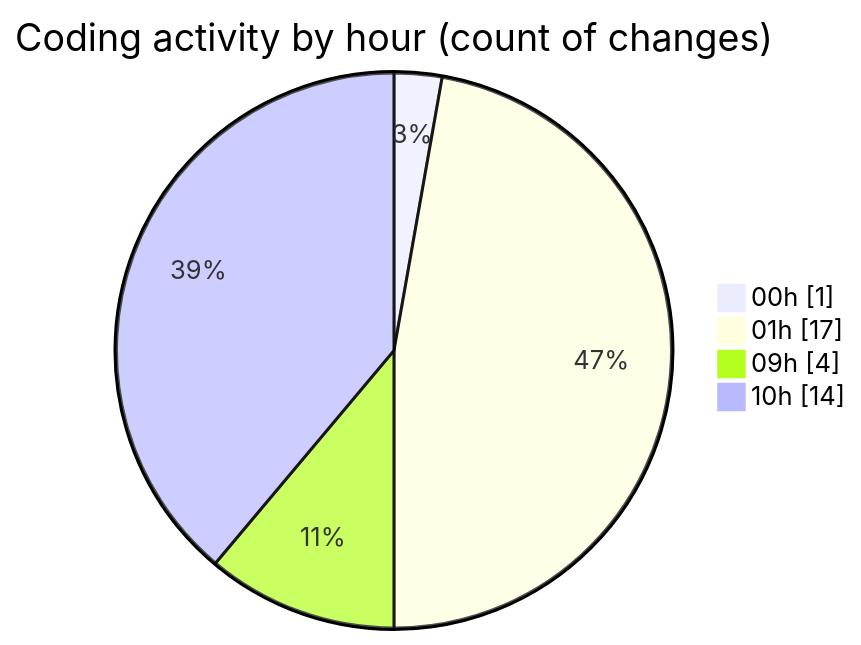
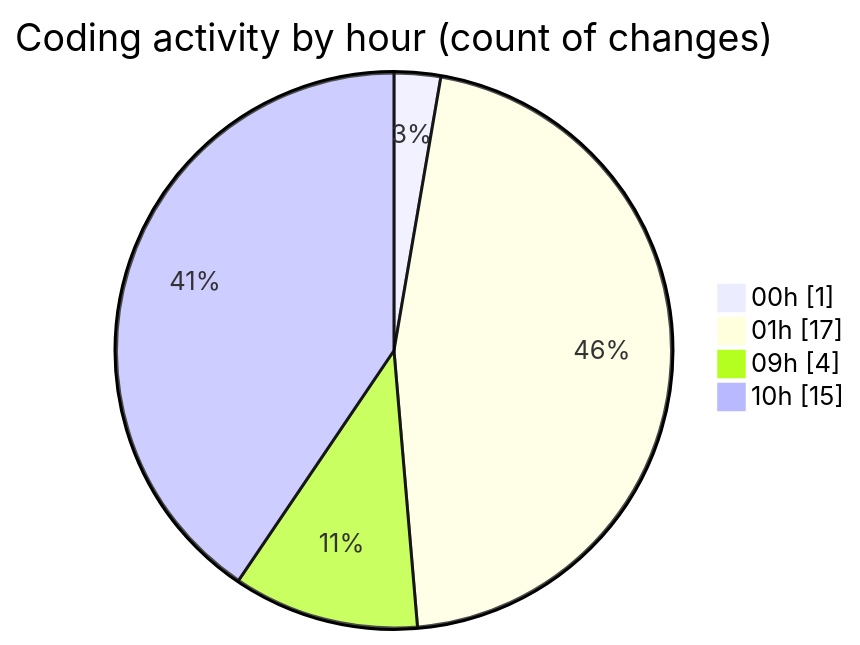
One commit to julien-gomy/code-tracking changed the second of 2 diagrams in 2025-11-01/cdp_aleoudev_fr__workspace_/README.md. Above: the diagram before and after it, drawn with Mermaid. The commit also changed other lines of this file and 1 other file, not shown here.

````diff
--- a/2025-11-01/cdp_aleoudev_fr__workspace_/README.md
+++ b/2025-11-01/cdp_aleoudev_fr__workspace_/README.md
@@ -33,8 +33,8 @@
 ```mermaid
 pie showData
 title Coding activity by hour (count of changes)
 "00h" : 1
 "01h" : 17
 "09h" : 4
-"10h" : 14
+"10h" : 15
 ```
````
